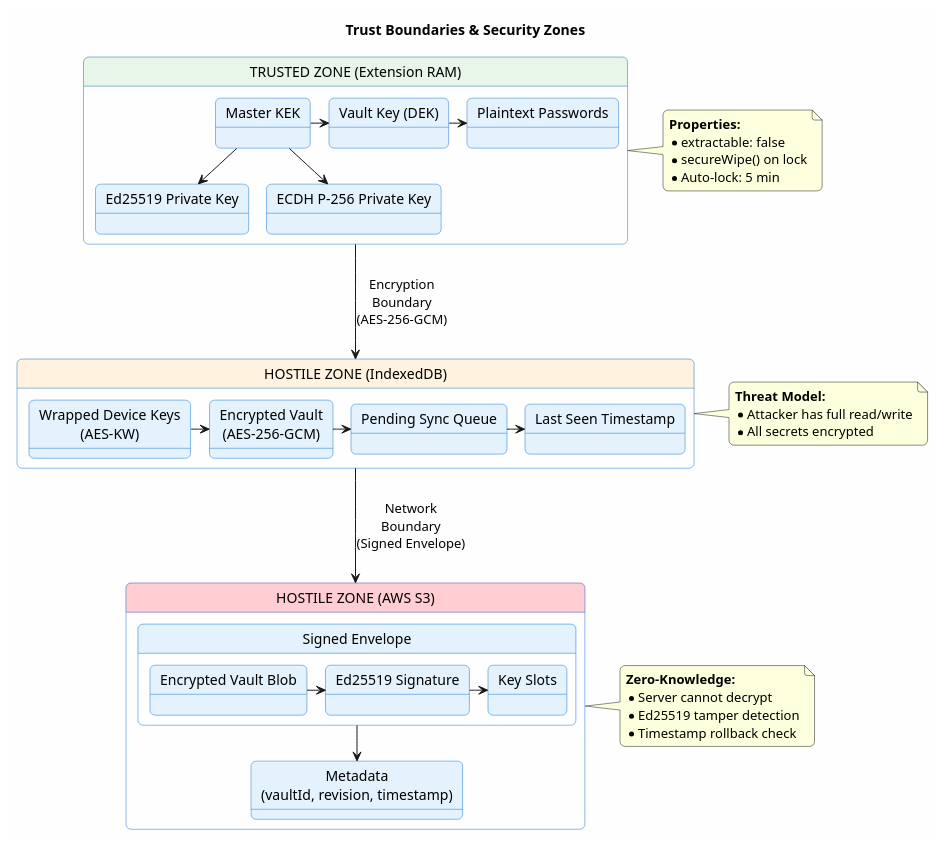
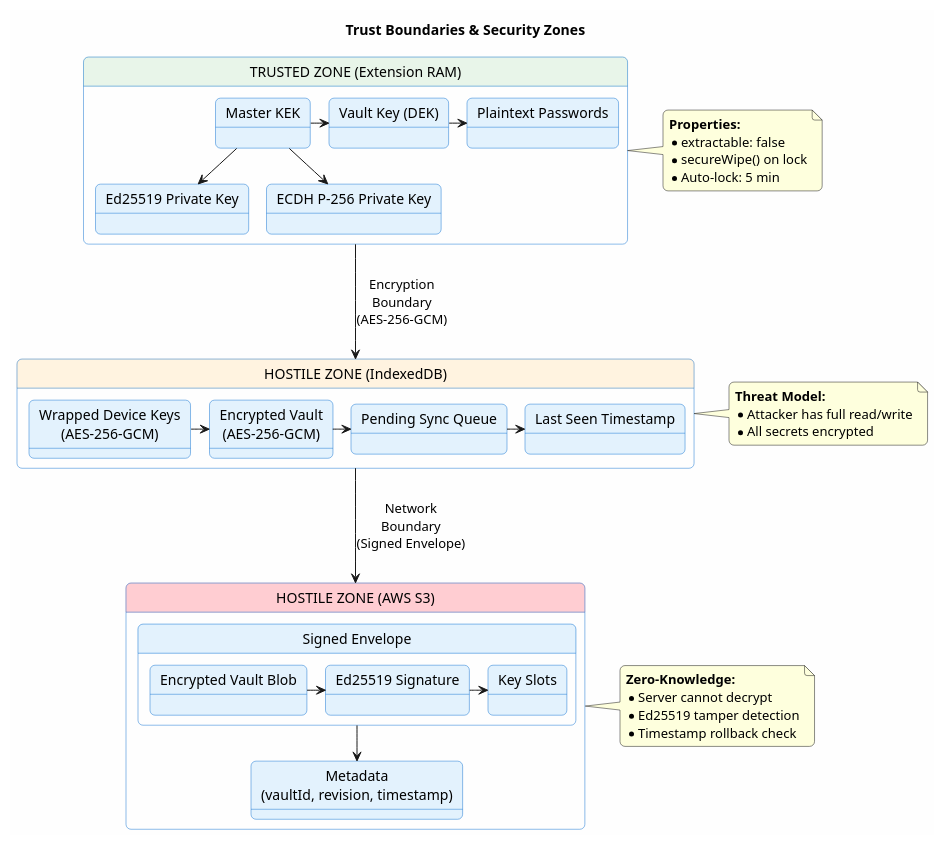
One commit to ArionStudio/engr-serverless-pm changed the diagram in docs/architecture/02-trust-boundaries.puml. Above: the diagram before and after it, drawn with PlantUML. The commit also changed 23 other files, not shown here.

First line of the commit message:
feat(extension): migrate key wrapping from AES-KW to AES-256-GCM (A256GCMKW)

```diff
--- a/docs/architecture/02-trust-boundaries.puml
+++ b/docs/architecture/02-trust-boundaries.puml
@@ -1,77 +1,77 @@
 @startuml 02-trust-boundaries
 title Trust Boundaries & Security Zones
 
 skinparam backgroundColor #FEFEFE
 skinparam roundcorner 10
 skinparam shadowing false
 
 skinparam state {
     BackgroundColor #E3F2FD
     BorderColor #1976D2
 }
 
 ' === TRUSTED ZONE ===
 state "TRUSTED ZONE (Extension RAM)" as trusted #E8F5E9 {
     state "Master KEK" as masterKek
     state "Vault Key (DEK)" as vaultKey
     state "Ed25519 Private Key" as signKey
     state "ECDH P-256 Private Key" as ecdhKey
     state "Plaintext Passwords" as plaintext
 
     masterKek -right-> vaultKey
     vaultKey -right-> plaintext
     masterKek -down-> signKey
     masterKek -down-> ecdhKey
 }
 
 ' === HOSTILE DISK ===
 state "HOSTILE ZONE (IndexedDB)" as disk #FFF3E0 {
-    state "Wrapped Device Keys\n(AES-KW)" as wrappedKeys
+    state "Wrapped Device Keys\n(AES-256-GCM)" as wrappedKeys
     state "Encrypted Vault\n(AES-256-GCM)" as encVault
     state "Pending Sync Queue" as syncQueue
     state "Last Seen Timestamp" as timestamp
 
     wrappedKeys -right-> encVault
     encVault -right-> syncQueue
     syncQueue -right-> timestamp
 }
 
 ' === HOSTILE CLOUD ===
 state "HOSTILE ZONE (AWS S3)" as cloud #FFCDD2 {
     state "Signed Envelope" as envelope {
         state "Encrypted Vault Blob" as s3Vault
         state "Ed25519 Signature" as signature
         state "Key Slots" as keySlots
     }
     state "Metadata\n(vaultId, revision, timestamp)" as metadata
 
     s3Vault -right-> signature
     signature -right-> keySlots
     envelope -down-> metadata
 }
 
 ' === ZONE CONNECTIONS ===
 trusted -down-> disk : Encryption\nBoundary\n(AES-256-GCM)
 disk -down-> cloud : Network\nBoundary\n(Signed Envelope)
 
 note right of trusted
     **Properties:**
     * extractable: false
     * secureWipe() on lock
     * Auto-lock: 5 min
 end note
 
 note right of disk
     **Threat Model:**
     * Attacker has full read/write
     * All secrets encrypted
 end note
 
 note right of cloud
     **Zero-Knowledge:**
     * Server cannot decrypt
     * Ed25519 tamper detection
     * Timestamp rollback check
 end note
 
 @enduml
```
